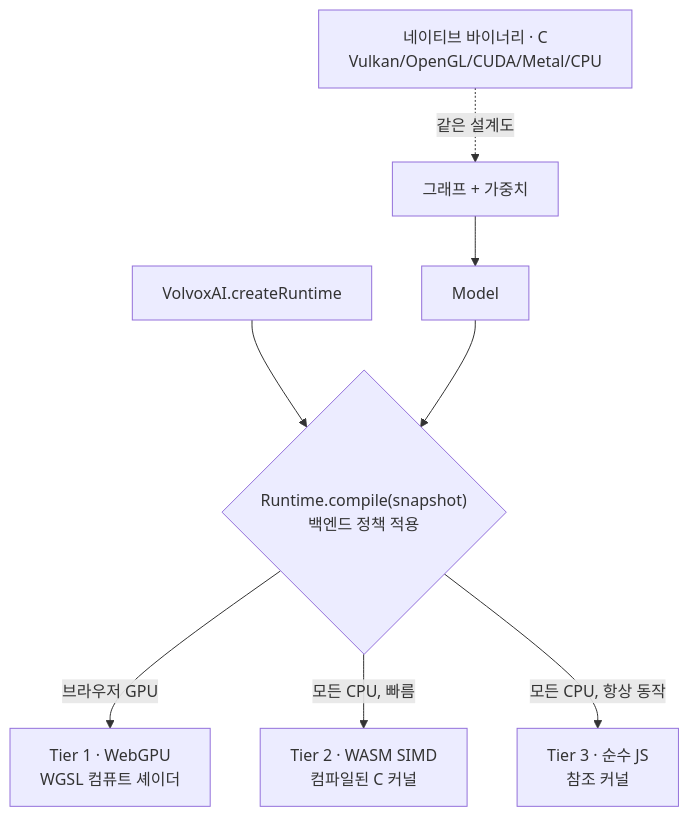
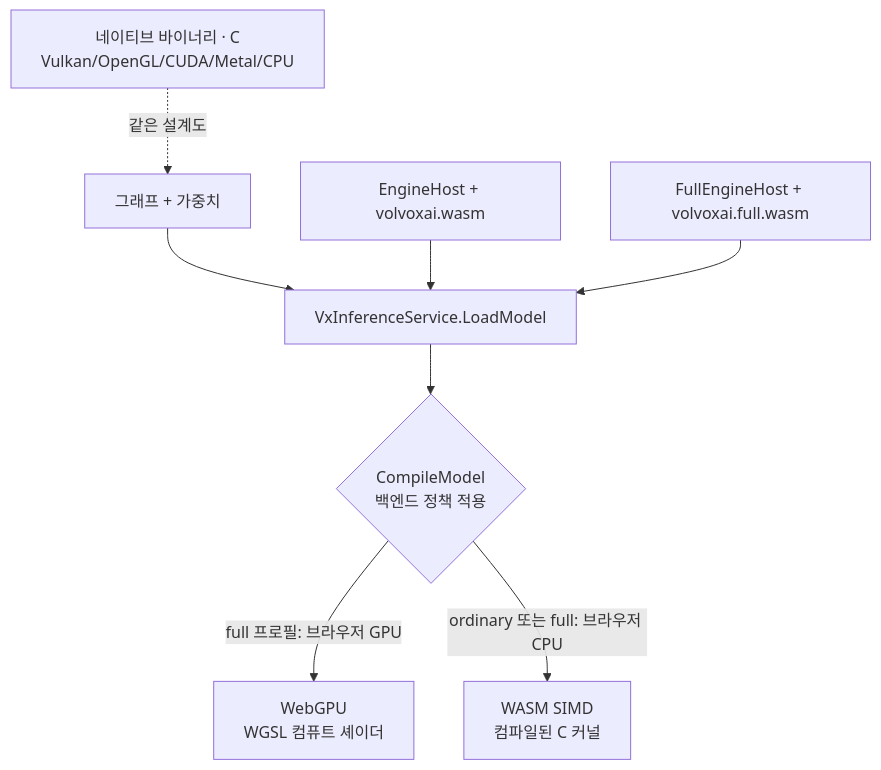
The diagram in docs/textbook/ko/01-foundations.md (ivere27/volvoxai), drawn with Mermaid before and after one commit. The commit also changed other lines of this file and 1269 other files, not shown here.

````diff
--- a/docs/textbook/ko/01-foundations.md
+++ b/docs/textbook/ko/01-foundations.md
@@ -313,10 +314,10 @@
 ```mermaid
 flowchart TD
-    G["그래프 + 가중치"] --> S["Model"]
-    R["VolvoxAI.createRuntime"] --> SEL{"Runtime.compile(snapshot)<br/>백엔드 정책 적용"}
-    S --> SEL
-    SEL -->|브라우저 GPU| T1["Tier 1 · WebGPU<br/>WGSL 컴퓨트 셰이더"]
-    SEL -->|모든 CPU, 빠름| T2["Tier 2 · WASM SIMD<br/>컴파일된 C 커널"]
-    SEL -->|모든 CPU, 항상 동작| T3["Tier 3 · 순수 JS<br/>참조 커널"]
+    G["그래프 + 가중치"] --> L["VxInferenceService.LoadModel"]
+    O["EngineHost + volvoxai.wasm"] --> L
+    F["FullEngineHost + volvoxai.full.wasm"] --> L
+    L --> SEL{"CompileModel<br/>백엔드 정책 적용"}
+    SEL -->|full 프로필: 브라우저 GPU| T1["WebGPU<br/>WGSL 컴퓨트 셰이더"]
+    SEL -->|ordinary 또는 full: 브라우저 CPU| T2["WASM SIMD<br/>컴파일된 C 커널"]
     N["네이티브 바이너리 · C<br/>Vulkan/OpenGL/CUDA/Metal/CPU"] -.같은 설계도.-> G
 ```
````
